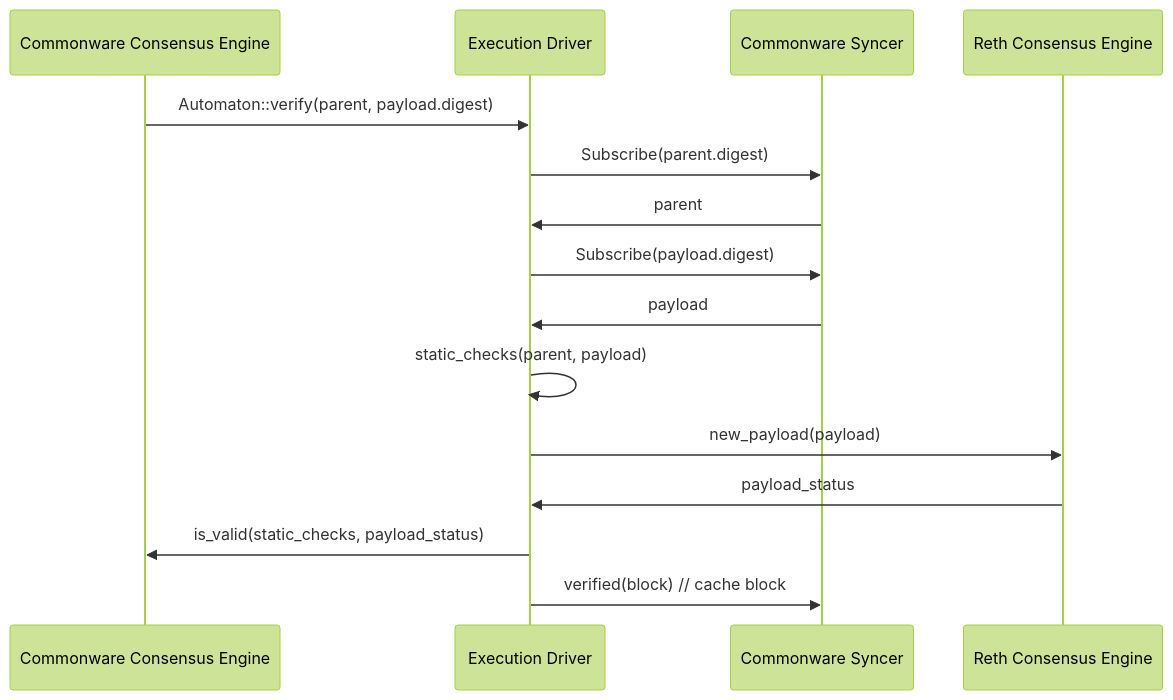
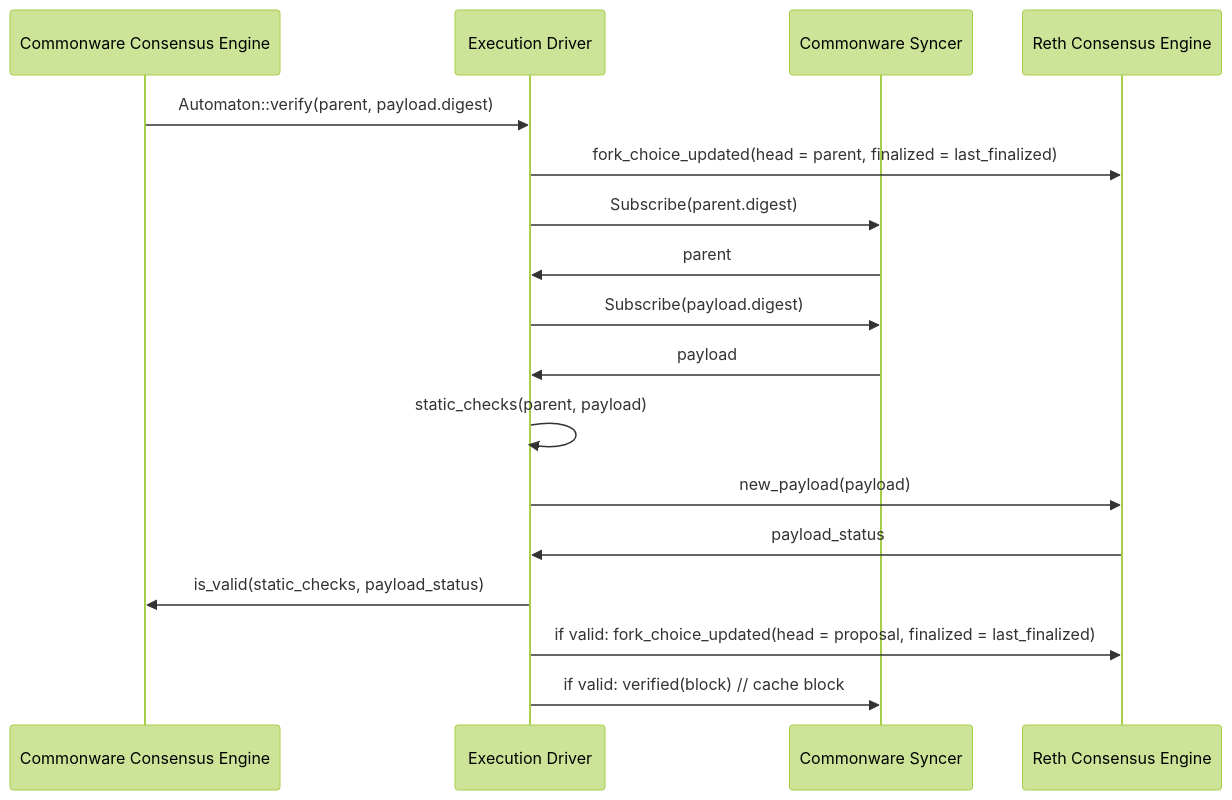
The third of 4 diagrams in docs/commonware-reth-integration.md (tempoxyz/tempo), drawn with Mermaid (forest theme) before and after one commit. The commit also changed other lines of this file, not shown here.

````diff
--- a/docs/commonware-reth-integration.md
+++ b/docs/commonware-reth-integration.md
@@ -101,18 +109,20 @@
 ```mermaid
 sequenceDiagram
   participant CL as Commonware Consensus Engine
   participant ED as Execution Driver
   participant SY as Commonware Syncer
   participant EE as Reth Consensus Engine
 
   CL->>ED: Automaton::verify(parent, payload.digest)
+  ED->>EE: fork_choice_updated(head = parent, finalized = last_finalized)
   ED->>SY: Subscribe(parent.digest)
   SY->>ED: parent
   ED->>SY: Subscribe(payload.digest)
   SY->>ED: payload
   ED->>ED: static_checks(parent, payload)
   ED->>EE: new_payload(payload)
   EE->>ED: payload_status
   ED->>CL: is_valid(static_checks, payload_status)
-  ED->>SY: verified(block) // cache block
+  ED->>EE: if valid: fork_choice_updated(head = proposal, finalized = last_finalized)
+  ED->>SY: if valid: verified(block) // cache block
 ```
````
